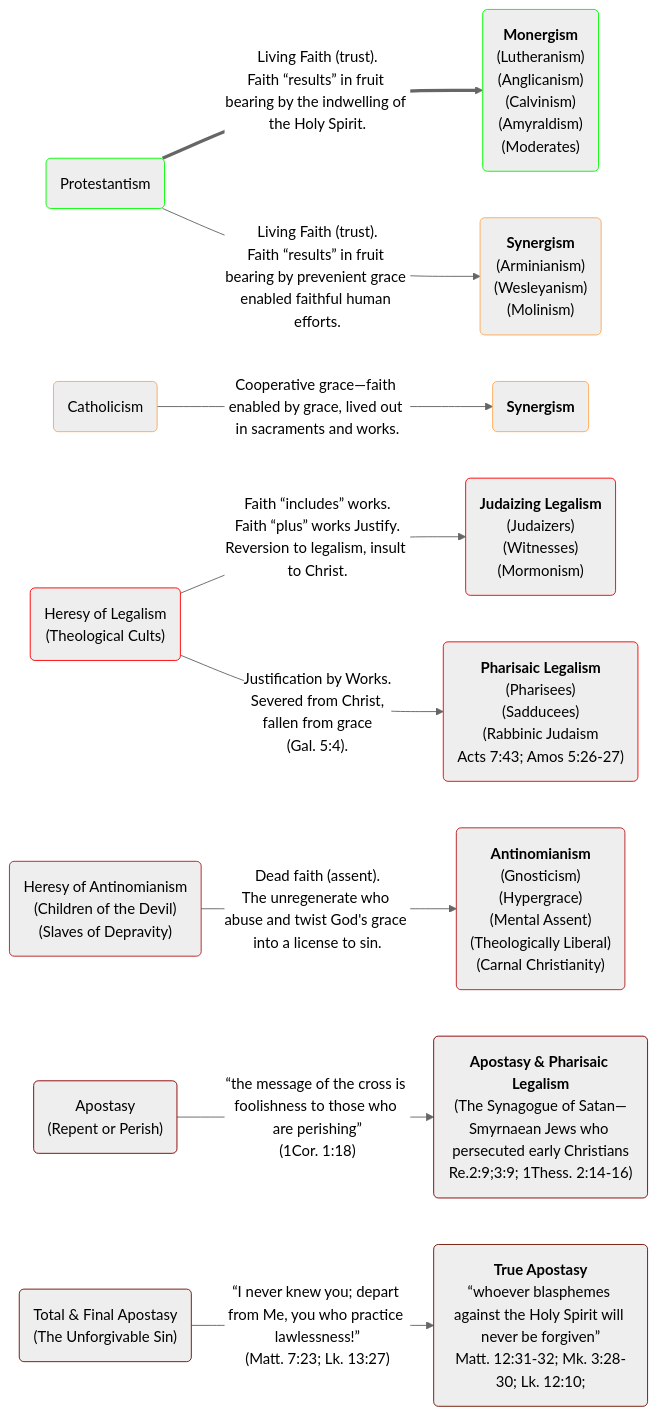
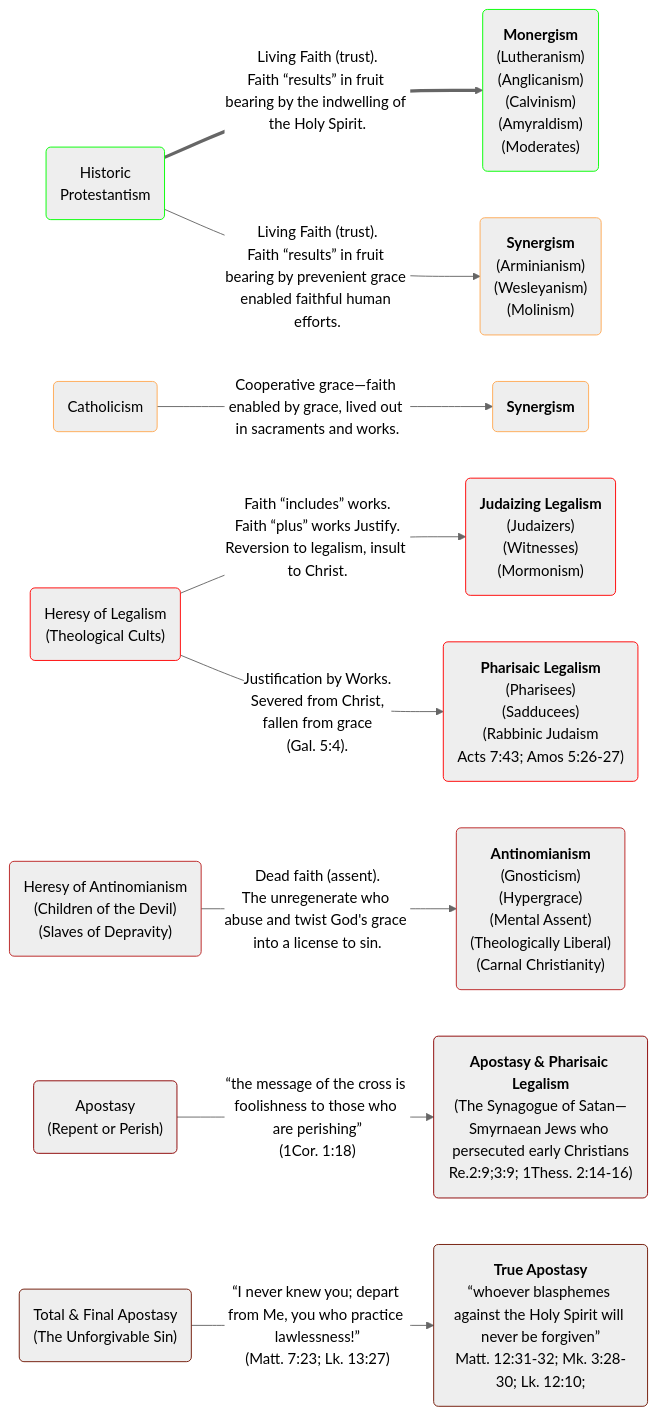
One commit to OrdoLuminis/ordoluminis.github.io changed the first of 2 diagrams in _posts/2025-08-03-historic-protestant-position.markdown. Above: the diagram before and after it, drawn with Mermaid (neutral theme). The commit also changed other lines of this file, not shown here.

````diff
--- a/_posts/2025-08-03-historic-protestant-position.markdown
+++ b/_posts/2025-08-03-historic-protestant-position.markdown
@@ -55,24 +55,24 @@
 ```mermaid
 flowchart LR
-    A(Protestantism):::green
+    A(Historic<br>Protestantism):::green
     B(Catholicism):::orange
     C(Heresy of Legalism<br>&lpar;Theological Cults&rpar;):::red
     D(Heresy of Antinomianism<br>&lpar;Children of the Devil&rpar;<br>&lpar;Slaves of Depravity&rpar;):::firebrick
     E(Apostasy<br>&lpar;Repent or Perish&rpar;):::darkred
     F(Total & Final Apostasy<br>&lpar;The Unforgivable Sin&rpar;):::darkerred
     A ==>|Living Faith &lpar;trust&rpar;.<br>Faith &ldquo;results&rdquo; in fruit bearing by the indwelling of the Holy Spirit.| G(<strong>Monergism</strong><br>&lpar;Lutheranism&rpar;<br>&lpar;Anglicanism&rpar;<br>&lpar;Calvinism&rpar;<br>&lpar;Amyraldism&rpar;<br>&lpar;Moderates&rpar;):::green
     A -->|Living Faith &lpar;trust&rpar;.<br>Faith &ldquo;results&rdquo; in fruit bearing by prevenient grace enabled faithful human efforts.| H(<strong>Synergism</strong><br>&lpar;Arminianism&rpar;<br>&lpar;Wesleyanism&rpar;<br>&lpar;Molinism&rpar;):::orange
     B -->|Cooperative grace&mdash;faith enabled by grace, lived out in sacraments and works.| I(<strong>Synergism</strong>):::orange
     C -->|Faith &ldquo;includes&rdquo; works.<br>Faith &ldquo;plus&rdquo; works Justify.<br>Reversion to legalism, insult to Christ.| J(<strong>Judaizing Legalism</strong><br>&lpar;Judaizers&rpar;<br>&lpar;Witnesses&rpar;<br>&lpar;Mormonism&rpar;):::red
     C -->|Justification by Works.<br>Severed from Christ,<br>fallen from grace<br>&lpar;Gal. 5:4&rpar;.| K(<strong>Pharisaic Legalism</strong><br>&lpar;Pharisees&rpar;<br>&lpar;Sadducees&rpar;<br>&lpar;Rabbinic Judaism<br>Acts 7:43; Amos 5:26-27&rpar;):::red
     D -->|Dead faith &lpar;assent&rpar;.<br>The unregenerate who abuse and twist God's grace into a license to sin.| L(<strong>Antinomianism</strong><br>&lpar;Gnosticism&rpar;<br>&lpar;Hypergrace&rpar;<br>&lpar;Mental Assent&rpar;<br>&lpar;Theologically Liberal&rpar;<br>&lpar;Carnal Christianity&rpar;):::firebrick
     E -->|&ldquo;the message of the cross is foolishness to those who are perishing&rdquo;<br>&lpar;1Cor. 1:18&rpar;| M(<strong>Apostasy & Pharisaic Legalism</strong><br>&lpar;The Synagogue of Satan—Smyrnaean Jews who persecuted early Christians<br>Re.2:9;3:9; 1Thess. 2:14-16&rpar;):::darkred
     F -->|&ldquo;I never knew you; depart from Me, you who practice lawlessness!&rdquo;<br>&lpar;Matt. 7:23; Lk. 13:27&rpar;| N(<strong>True Apostasy</strong><br>&ldquo;whoever blasphemes against the Holy Spirit will never be forgiven&rdquo;<br>Matt. 12:31-32; Mk. 3:28-30; Lk. 12:10;):::darkerred
     classDef red stroke:#f00
     classDef green stroke:#0f0
     classDef lightgreen stroke:#Bf0
     classDef orange stroke:#fa5
     classDef firebrick stroke:#b22
     classDef darkred stroke:#8B0000
     classDef darkerred stroke:#701705
 ```
````
